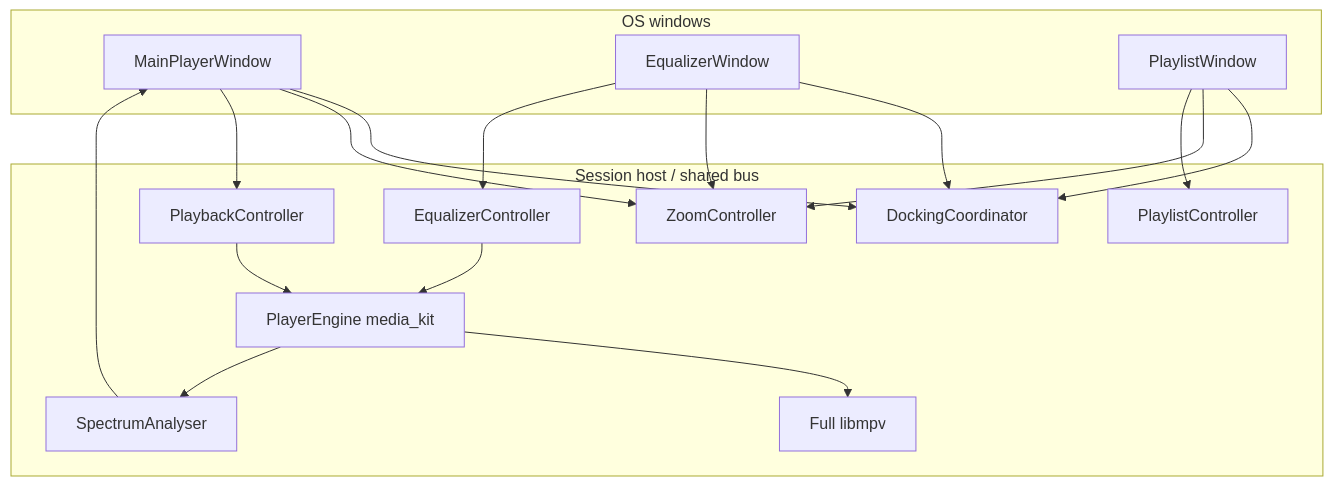
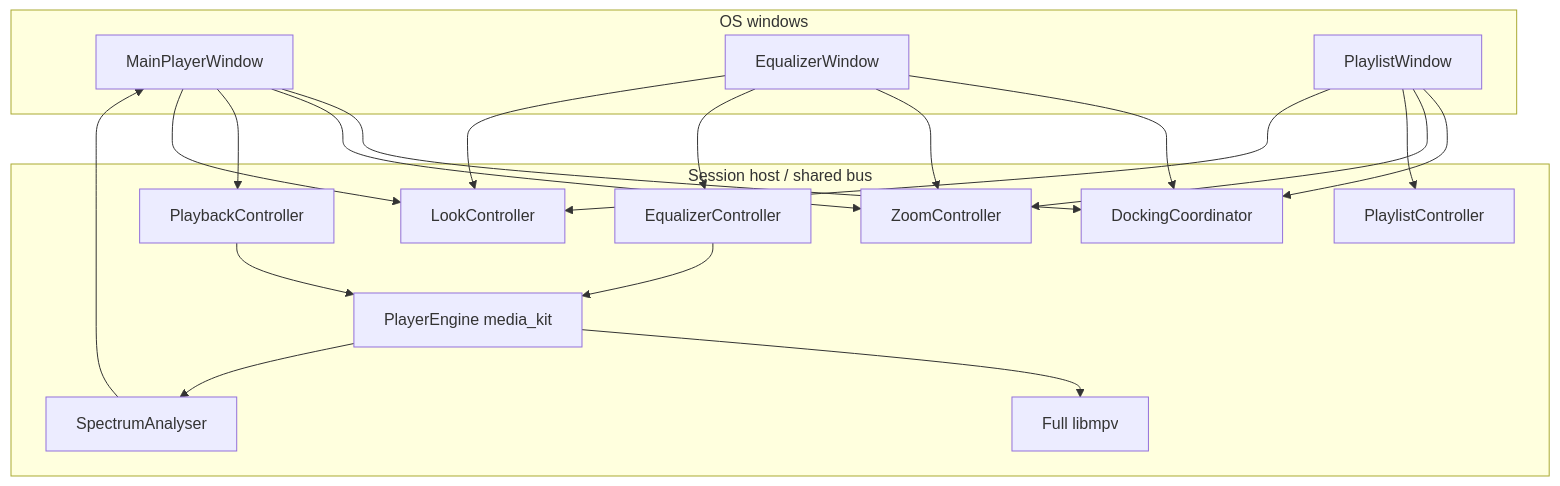
The diagram in docs/architecture.md (eliranbenishai/aoide), drawn with Mermaid before and after one commit. The commit also changed other lines of this file and 6 other files, not shown here.

````diff
--- a/docs/architecture.md
+++ b/docs/architecture.md
@@ -24,32 +24,36 @@
 ```mermaid
 flowchart TB
   subgraph windows [OS windows]
     Main[MainPlayerWindow]
     Eq[EqualizerWindow]
     Pl[PlaylistWindow]
   end
   subgraph session [Session host / shared bus]
     Dock[DockingCoordinator]
     Zoom[ZoomController]
     Play[PlaybackController]
     List[PlaylistController]
     EqCtl[EqualizerController]
+    Look[LookController]
     Eng[PlayerEngine media_kit]
     Mpv[Full libmpv]
     Spec[SpectrumAnalyser]
   end
   Main --> Dock
   Eq --> Dock
   Pl --> Dock
   Main --> Zoom
   Eq --> Zoom
   Pl --> Zoom
   Main --> Play
   Pl --> List
   Eq --> EqCtl
+  Main --> Look
+  Eq --> Look
+  Pl --> Look
   Play --> Eng
   EqCtl --> Eng
   Eng --> Mpv
   Spec --> Main
   Eng --> Spec
 ```
````
